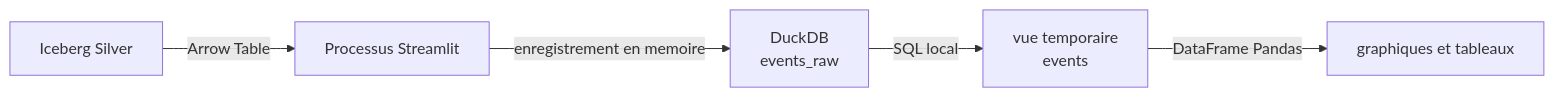
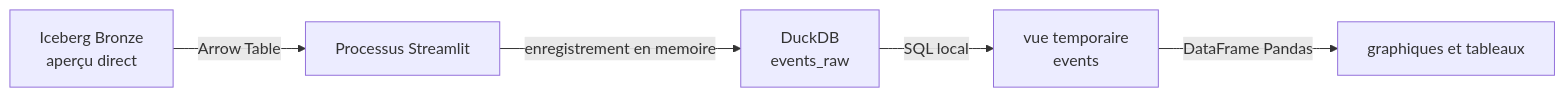
Before and after one commit to romainb122/esn81-big-data: the diagram in opencode-s3-observatory/docs/components/duckdb.md, drawn with Mermaid. The commit also changed other lines of this file and 26 other files, not shown here.

````diff
--- a/opencode-s3-observatory/docs/components/duckdb.md
+++ b/opencode-s3-observatory/docs/components/duckdb.md
@@ -14,7 +14,7 @@
 ```mermaid
 flowchart LR
-  ICE["Iceberg Silver"] -->|"Arrow Table"| APP["Processus Streamlit"]
+  ICE["Iceberg Bronze<br/>aperçu direct"] -->|"Arrow Table"| APP["Processus Streamlit"]
   APP -->|"enregistrement en memoire"| DUCK["DuckDB<br/>events_raw"]
   DUCK -->|"SQL local"| VIEW["vue temporaire<br/>events"]
   VIEW -->|"DataFrame Pandas"| UI["graphiques et tableaux"]
 ```
````
